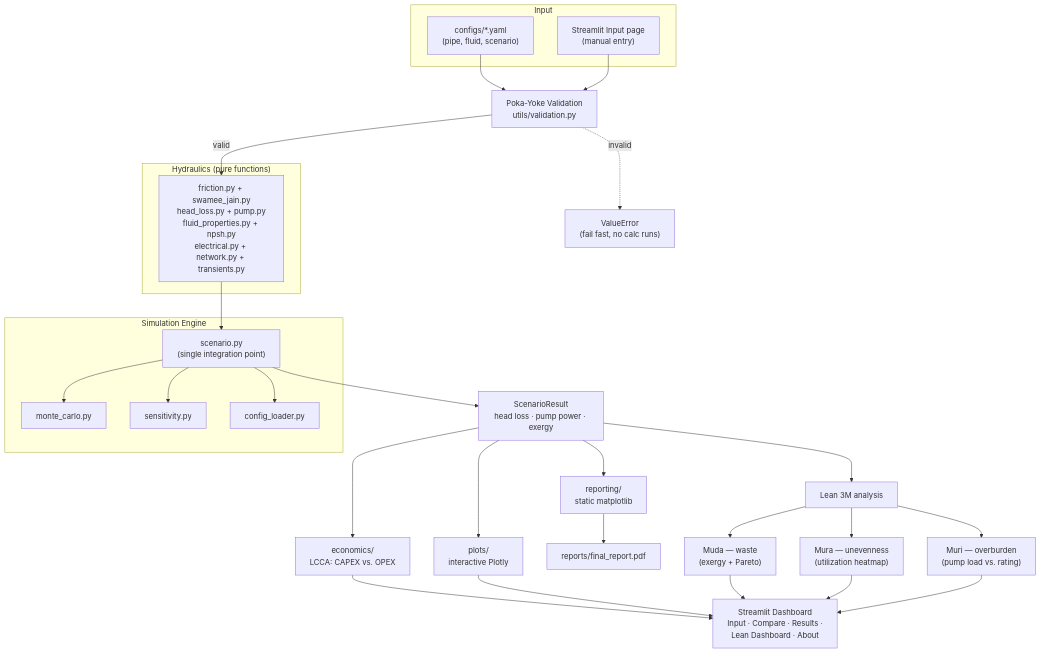
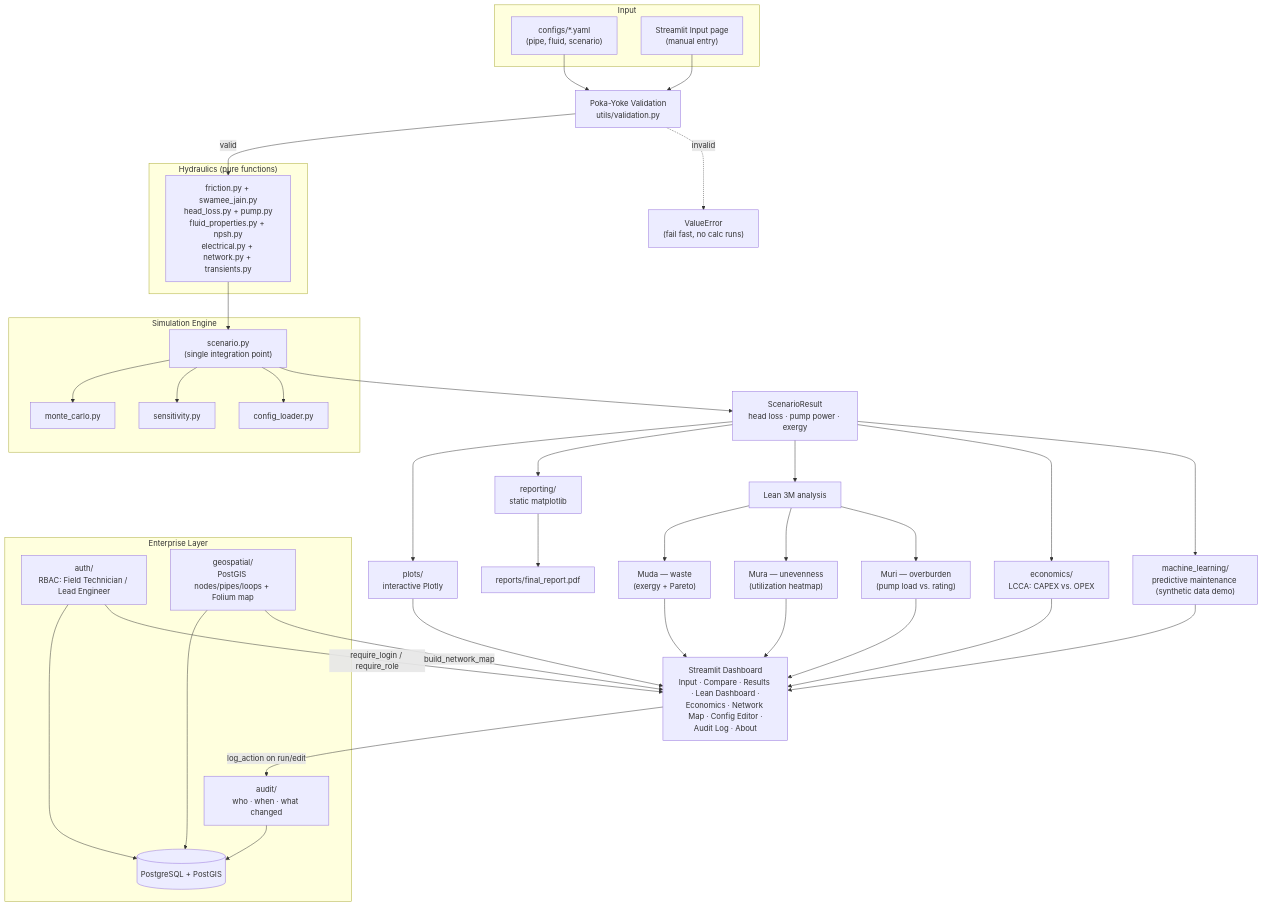
Before and after one commit to AhmadBaraWirayudha/Hydraulic-Analysis: the diagram in docs/design.md, drawn with Mermaid. The commit also changed other lines of this file and 39 other files, not shown here.

````diff
--- a/docs/design.md
+++ b/docs/design.md
@@ -14,45 +14,61 @@
 ```mermaid
 flowchart TD
     subgraph Input["Input"]
         A1["configs/*.yaml<br/>(pipe, fluid, scenario)"]
         A2["Streamlit Input page<br/>(manual entry)"]
     end
 
     A1 --> V
     A2 --> V
 
     V["Poka-Yoke Validation<br/>utils/validation.py"]
     V -->|valid| H
     V -.->|invalid| ERR["ValueError<br/>(fail fast, no calc runs)"]
 
     subgraph Hydraulics["Hydraulics (pure functions)"]
         H["friction.py + swamee_jain.py<br/>head_loss.py + pump.py<br/>fluid_properties.py + npsh.py<br/>electrical.py + network.py + transients.py"]
     end
 
     H --> S
 
     subgraph Simulation["Simulation Engine"]
         S["scenario.py<br/>(single integration point)"]
         S --> MC[monte_carlo.py]
         S --> SE[sensitivity.py]
         S --> CL[config_loader.py]
     end
 
     S --> R["ScenarioResult<br/>head loss · pump power · exergy"]
 
     R --> P["plots/<br/>interactive Plotly"]
     R --> RP["reporting/<br/>static matplotlib"]
     R --> Lean["Lean 3M analysis"]
     R --> Econ["economics/<br/>LCCA: CAPEX vs. OPEX"]
+    R --> ML["machine_learning/<br/>predictive maintenance (synthetic data demo)"]
+    ML --> UI
     Econ --> UI
 
-    P --> UI["Streamlit Dashboard<br/>Input · Compare · Results ·<br/>Lean Dashboard · About"]
+    P --> UI["Streamlit Dashboard<br/>Input · Compare · Results · Lean Dashboard ·<br/>Economics · Network Map · Config Editor ·<br/>Audit Log · About"]
     RP --> PDF["reports/final_report.pdf"]
+
+    subgraph Enterprise["Enterprise Layer"]
+        AUTH["auth/<br/>RBAC: Field Technician / Lead Engineer"]
+        AUDIT["audit/<br/>who · when · what changed"]
+        GEOSP["geospatial/<br/>PostGIS nodes/pipes/loops + Folium map"]
+        PGDB[("PostgreSQL + PostGIS")]
+        AUTH --> PGDB
+        AUDIT --> PGDB
+        GEOSP --> PGDB
+    end
+
+    AUTH -->|require_login / require_role| UI
+    UI -->|log_action on run/edit| AUDIT
+    GEOSP -->|build_network_map| UI
 
     Lean --> Muda["Muda — waste<br/>(exergy + Pareto)"]
     Lean --> Mura["Mura — unevenness<br/>(utilization heatmap)"]
     Lean --> Muri["Muri — overburden<br/>(pump load vs. rating)"]
     Muda --> UI
     Mura --> UI
     Muri --> UI
 ```
````
